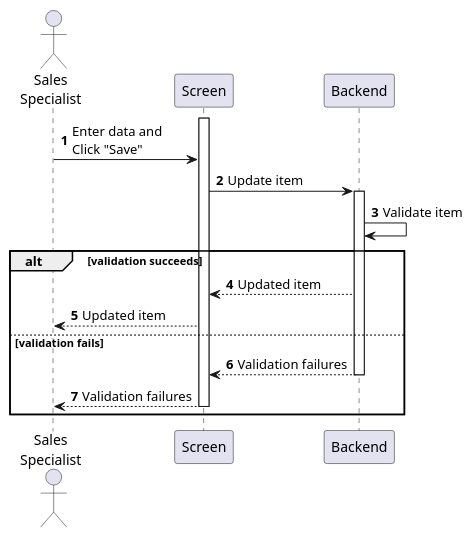
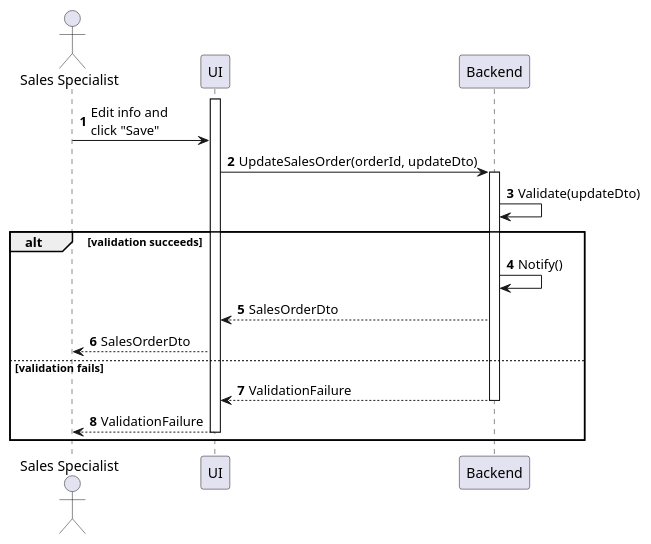
The diagram in sequences/sales-order-update.plantuml (phihungha/scmss-reqs), drawn with PlantUML before and after one commit. The commit also changed 17 other files, not shown here.

Commit message:
Improve sales sequences

```diff
--- a/sequences/sales-order-update.plantuml
+++ b/sequences/sales-order-update.plantuml
@@ -1,22 +1,23 @@
 @startuml sales-order-update
 autonumber
 
-actor "Sales\nSpecialist" as a
-participant Screen as f
+actor "Sales Specialist" as a
+participant UI as f
 participant Backend as b
 
 activate f
-a -> f : Enter data and\nClick "Save"
-f -> b : Update item
+a -> f : Edit info and\nclick "Save"
+f -> b : UpdateSalesOrder(orderId, updateDto)
 activate b
-b -> b : Validate item
+b -> b : Validate(updateDto)
 
 alt validation succeeds
-    b --> f : Updated item
-    f --> a : Updated item
+    b -> b : Notify()
+    b --> f : SalesOrderDto
+    f --> a : SalesOrderDto
 else validation fails
-    return Validation failures
-    f --> a : Validation failures
+    return ValidationFailure
+    f --> a : ValidationFailure
     deactivate f
 end
 @enduml
```
